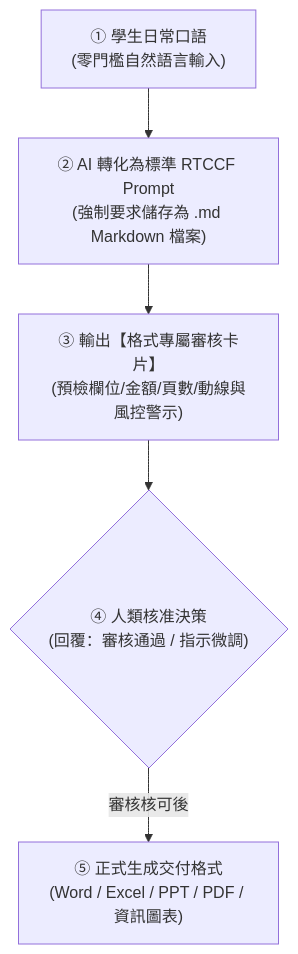
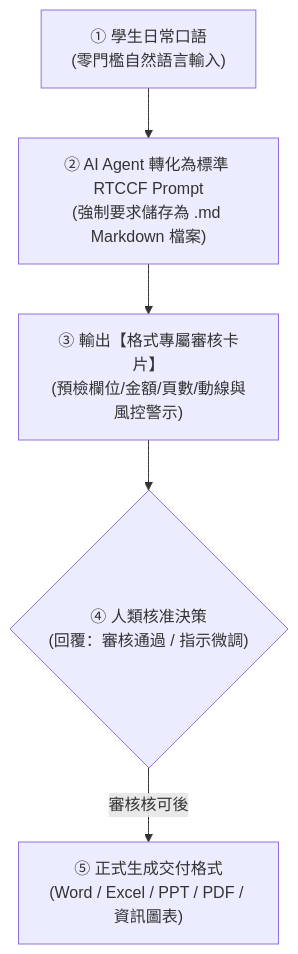
Before and after one commit to roberthsu2003/workflow-productivity: the first of 2 diagrams in 常見的AI應用/辦公室全能應用/README.md, drawn with Mermaid. The commit also changed other lines of this file, not shown here.

````diff
--- a/常見的AI應用/辦公室全能應用/README.md
+++ b/常見的AI應用/辦公室全能應用/README.md
@@ -34,7 +30,7 @@
 ```mermaid
 flowchart TD
-    A["① 學生日常口語\n(零門檻自然語言輸入)"] --> B["② AI 轉化為標準 RTCCF Prompt\n(強制要求儲存為 .md Markdown 檔案)"]
+    A["① 學生日常口語\n(零門檻自然語言輸入)"] --> B["② AI Agent 轉化為標準 RTCCF Prompt\n(強制要求儲存為 .md Markdown 檔案)"]
     B --> C["③ 輸出【格式專屬審核卡片】\n(預檢欄位/金額/頁數/動線與風控警示)"]
+    D -->|審核核可後| E["⑤ 正式生成交付格式\n(Word / Excel / PPT / PDF / 資訊圖表)"]
     C --> D{"④ 人類核准決策\n(回覆：審核通過 / 指示微調)"}
-    D -->|審核核可後| E["⑤ 正式生成交付格式\n(Word / Excel / PPT / PDF / 資訊圖表)"]
 ```
````
